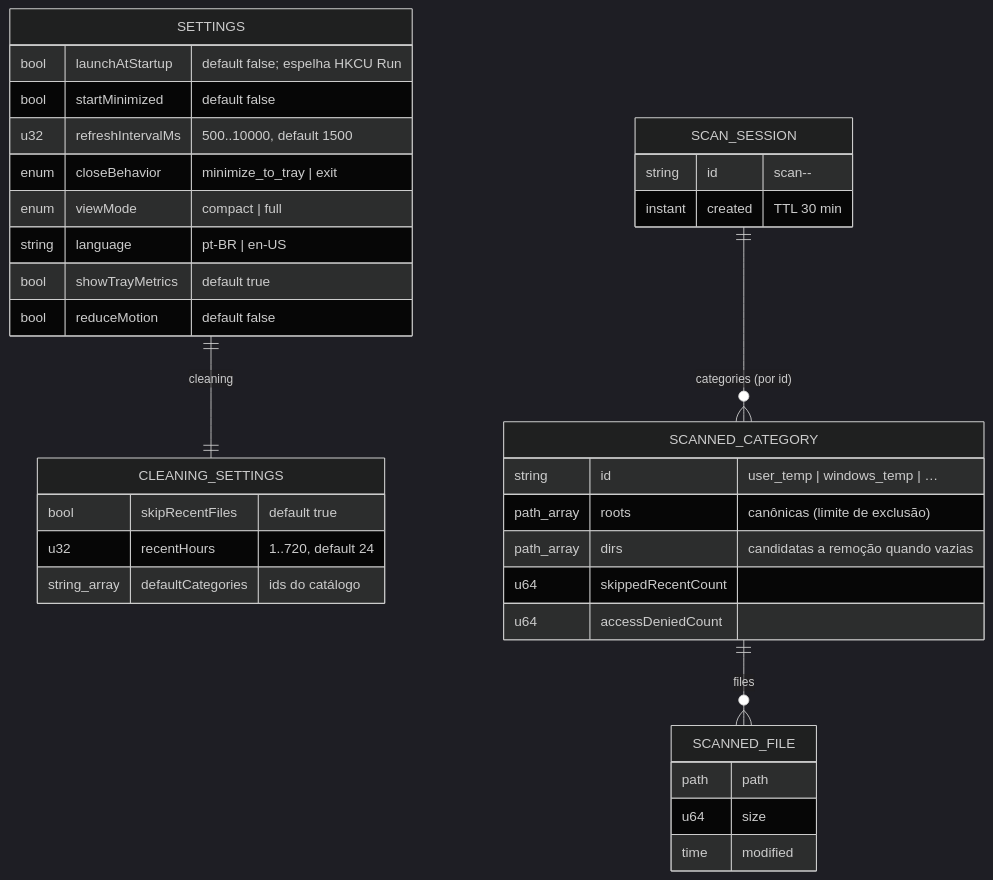
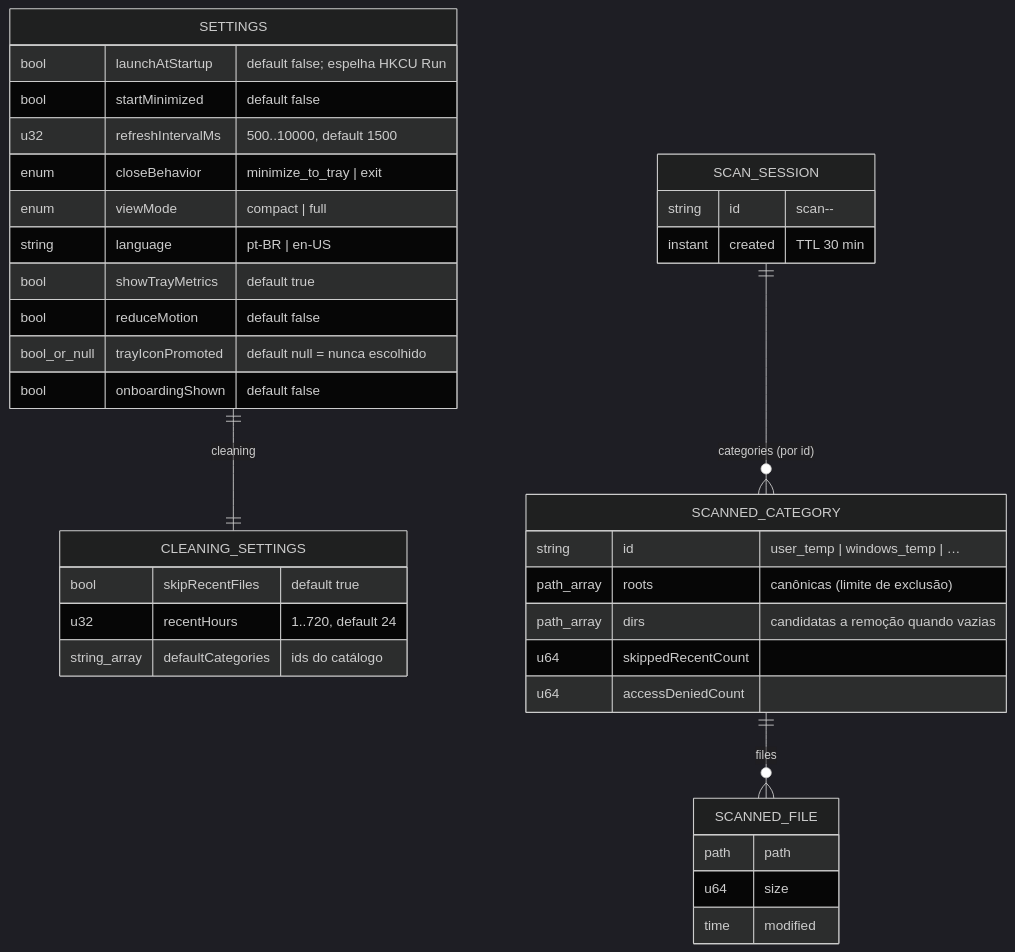
The diagram in docs/DATABASE.md (Victorkaue333/cleanwin), drawn with Mermaid (dark theme) before and after one commit. The commit also changed other lines of this file and 27 other files, not shown here.

First line of the commit message:
feat(tray): always-visible tray icon option and first-run prompt

````diff
--- a/docs/DATABASE.md
+++ b/docs/DATABASE.md
@@ -25,37 +25,39 @@
 ```mermaid
 erDiagram
   SETTINGS ||--|| CLEANING_SETTINGS : "cleaning"
   SETTINGS {
     bool launchAtStartup "default false; espelha HKCU Run"
     bool startMinimized "default false"
     u32 refreshIntervalMs "500..10000, default 1500"
     enum closeBehavior "minimize_to_tray | exit"
     enum viewMode "compact | full"
     string language "pt-BR | en-US"
     bool showTrayMetrics "default true"
     bool reduceMotion "default false"
+    bool_or_null trayIconPromoted "default null = nunca escolhido"
+    bool onboardingShown "default false"
   }
   CLEANING_SETTINGS {
     bool skipRecentFiles "default true"
     u32 recentHours "1..720, default 24"
     string_array defaultCategories "ids do catálogo"
   }
   SCAN_SESSION ||--o{ SCANNED_CATEGORY : "categories (por id)"
   SCANNED_CATEGORY ||--o{ SCANNED_FILE : "files"
   SCAN_SESSION {
     string id "scan-<nanos>-<pid>"
     instant created "TTL 30 min"
   }
   SCANNED_CATEGORY {
     string id "user_temp | windows_temp | …"
     path_array roots "canônicas (limite de exclusão)"
     path_array dirs "candidatas a remoção quando vazias"
     u64 skippedRecentCount
     u64 accessDeniedCount
   }
   SCANNED_FILE {
     path path
     u64 size
     time modified
   }
 ```
````
